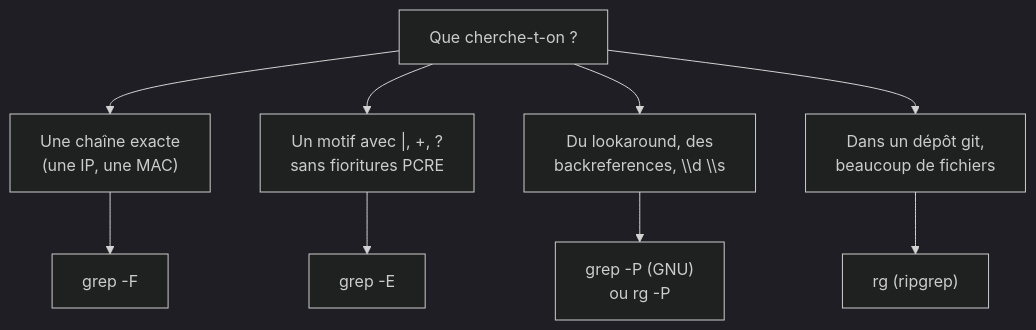
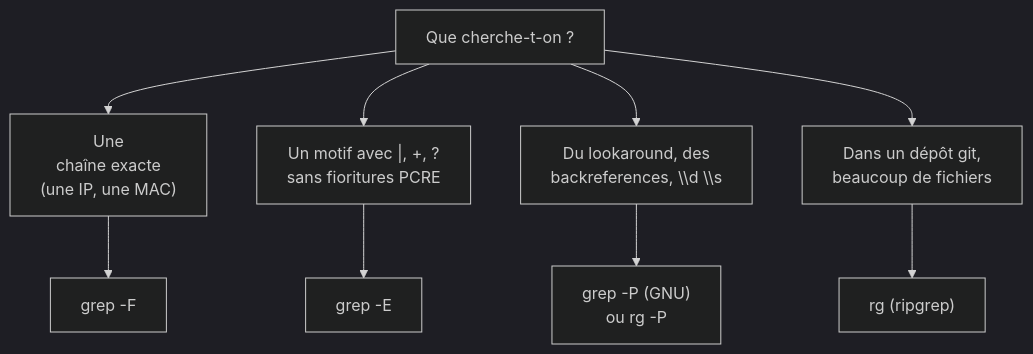
Before and after one commit to Fracorbas02/Fracorbas-Docs: the diagram in blog/2026-08-31-maitriser-grep-recherche-fichiers.md, drawn with Mermaid (dark theme). The commit also changed other lines of this file, not shown here.

Commit message:
blog(grep): corrige corruption UTF-8 et backticks cassant le build SSG (ReferenceError: p is not defined)

````diff
--- a/blog/2026-08-31-maitriser-grep-recherche-fichiers.md
+++ b/blog/2026-08-31-maitriser-grep-recherche-fichiers.md
@@ -29,7 +29,8 @@
 ```mermaid
 flowchart TD
-    Q["Que cherche-t-on ?"] --> F["Une chaîne exacte\n(une IP, une MAC)"] --> FO["grep -F"]
+    Q["Que cherche-t-on ?"] --> F["Une
+ chaîne exacte\n(une IP, une MAC)"] --> FO["grep -F"]
     Q --> E["Un motif avec |, +, ?\nsans fioritures PCRE"] --> EO["grep -E"]
     Q --> P["Du lookaround, des\nbackreferences, \\d \\s"] --> PO["grep -P (GNU)\nou rg -P"]
     Q --> G["Dans un dépôt git,\nbeaucoup de fichiers"] --> GO["rg (ripgrep)"]
 ```
````
